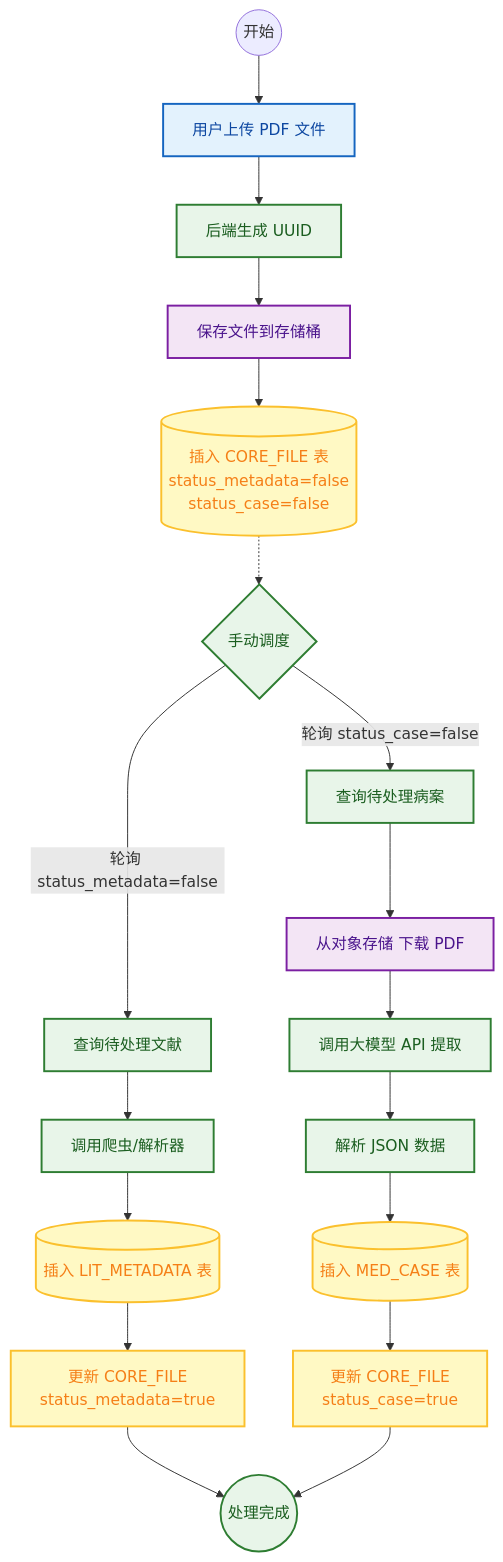
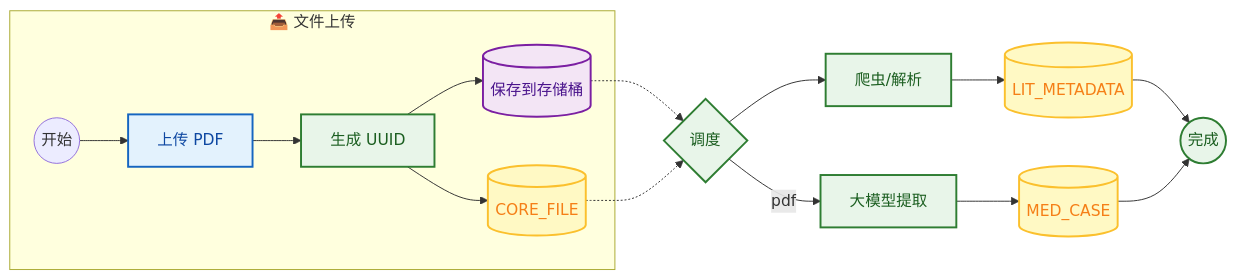
One commit to jiangbo1209/Tcm-agent changed the first of 6 diagrams in README.md. Above: the diagram before and after it, drawn with Mermaid. The commit also changed other lines of this file and 2 other files, not shown here.

````diff
--- a/README.md
+++ b/README.md
@@ -63,41 +62,28 @@
 ```mermaid
-graph TD
+graph LR
 
-    %% 定义样式
-
-    classDef userAction fill:#e3f2fd,stroke:#1565c0,stroke-width:2px,color:#0d47a1;
-    classDef db fill:#fff9c4,stroke:#fbc02d,stroke-width:2px,color:#f57f17;
-    classDef process fill:#e8f5e9,stroke:#2e7d32,stroke-width:2px,color:#1b5e20;
+    classDef userAction fill:#e3f2fd,stroke:#1565c0,stroke-width:2px,color:#0d47a1;
+    classDef db fill:#fff9c4,stroke:#fbc02d,stroke-width:2px,color:#f57f17;
+    classDef process fill:#e8f5e9,stroke:#2e7d32,stroke-width:2px,color:#1b5e20;
     classDef storage fill:#f3e5f5,stroke:#7b1fa2,stroke-width:2px,color:#4a148c;
 
-    %% --- 阶段 1: 文件上传 ---
+    subgraph Upload["📤 文件上传"]
+        Start((开始)) --> UploadAction[上传 PDF]:::userAction
+        UploadAction --> GenUUID[生成 UUID]:::process
+        GenUUID --> SaveStorage[(保存到存储桶)]:::storage
+        GenUUID --> InsertCoreFile[(CORE_FILE)]:::db
+    end
 
-    Start((开始)) --> UploadAction[用户上传 PDF 文件]:::userAction
-    UploadAction --> GenUUID[后端生成 UUID]:::process
-    GenUUID --> SaveStorage[保存文件到存储桶]:::storage
-    SaveStorage --> InsertCoreFile[(插入 CORE_FILE 表<br/>status_metadata=false<br/>status_case=false)]:::db
+    SaveStorage -.-> Scheduler{调度}:::process
+    InsertCoreFile -.-> Scheduler
 
-    %% --- 调度/轮询层 ---
+    Scheduler --> CrawlAction[爬虫/解析]:::process
+    CrawlAction --> InsertLitMeta[(LIT_METADATA)]:::db
 
-    InsertCoreFile -.-> Scheduler{手动调度}:::process
 
-    %% --- 阶段 2: 文献元数据提取 ---
+    Scheduler -- "pdf" --> LLMProcess[大模型提取]:::process
+    LLMProcess --> InsertCase[(MED_CASE)]:::db
 
-    Scheduler -- "轮询 status_metadata=false" --> QueryMeta[查询待处理文献]:::process
-    QueryMeta --> CrawlAction[调用爬虫/解析器]:::process
-    CrawlAction --> InsertLitMeta[(插入 LIT_METADATA 表)]:::db
-    InsertLitMeta --> UpdateMetaStatus[更新 		CORE_FILE<br/>status_metadata=true]:::db
-
-    %% --- 阶段 4: 病案解析 ---
-
-    Scheduler -- "轮询 status_case=false" --> QueryCase[查询待处理病案]:::process
-    QueryCase --> DownloadPDF[从对象存储 下载 PDF]:::storage
-    DownloadPDF --> LLMProcess[调用大模型 API 提取]:::process
-    LLMProcess --> ParseJSON[解析 JSON 数据]:::process
-    ParseJSON --> InsertCase[(插入 MED_CASE 表)]:::db
-    InsertCase --> UpdateCaseStatus[更新 CORE_FILE<br/>status_case=true]:::db
-
-    %% --- 结束 ---
-    UpdateMetaStatus --> End((处理完成)):::process
-    UpdateCaseStatus --> End
+    InsertLitMeta --> End((完成)):::process
+    InsertCase --> End
 ```
````
